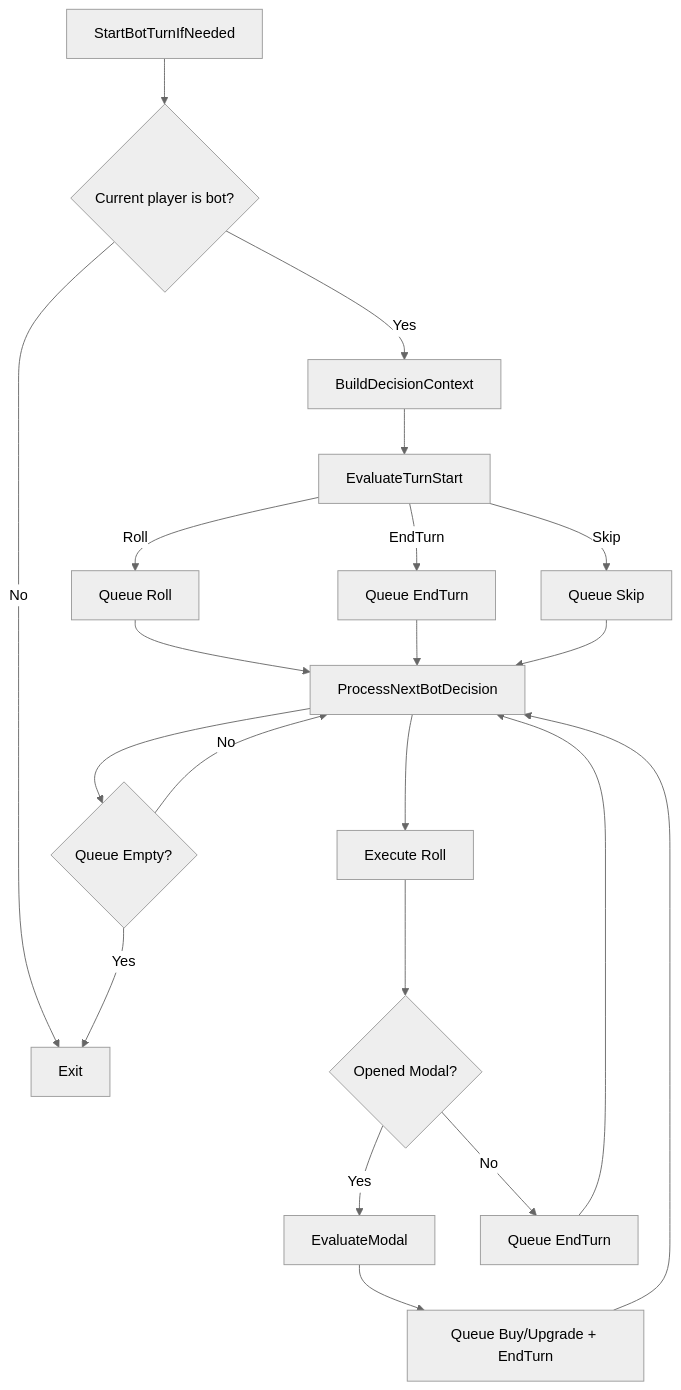
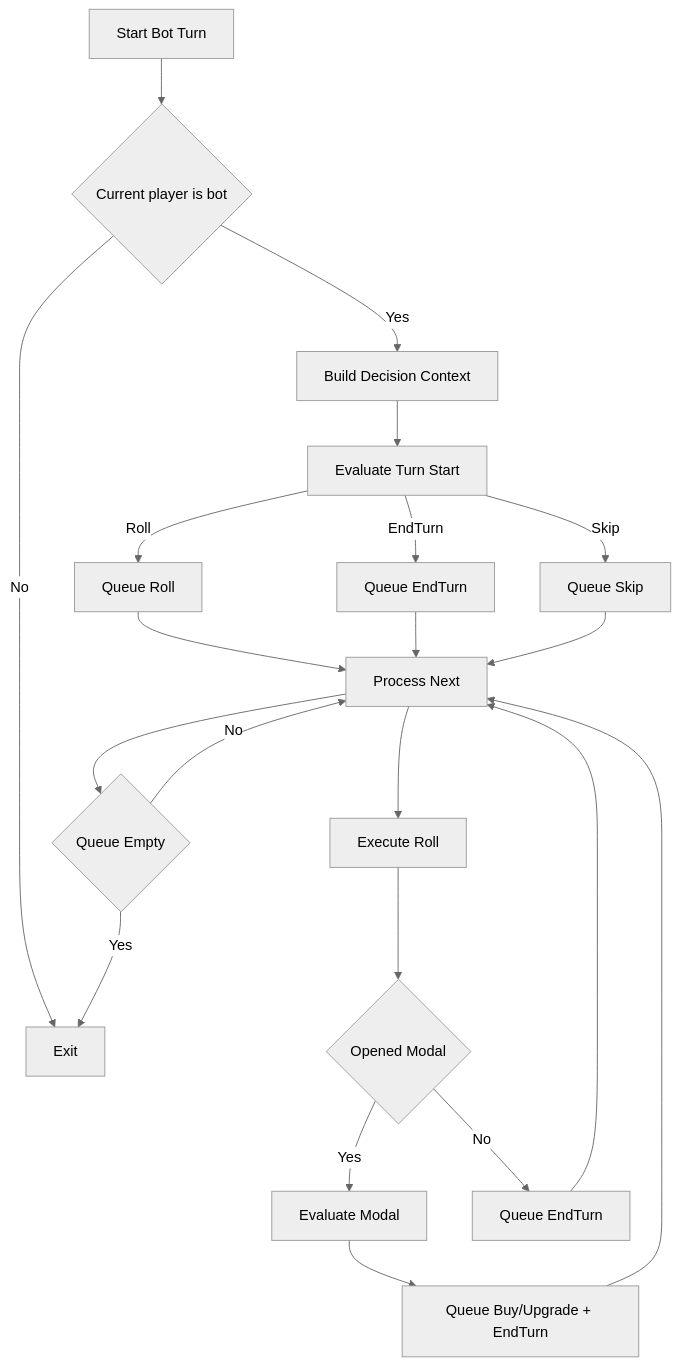
Before and after one commit to felipepassion/UFF.Monopoly: the first of 4 diagrams in BOT_LOGICA_BOT_MODE_ASK.md, drawn with Mermaid (neutral theme). The commit also changed other lines of this file, not shown here.

````diff
--- a/BOT_LOGICA_BOT_MODE_ASK.md
+++ b/BOT_LOGICA_BOT_MODE_ASK.md
@@ -151,23 +152,23 @@
 ```mermaid
 flowchart TD
-    A[StartBotTurnIfNeeded] --> B{Current player is bot?}
+    A[Start Bot Turn] --> B{Current player is bot}
     B -- No --> Z[Exit]
-    B -- Yes --> C[BuildDecisionContext]
-    C --> D[EvaluateTurnStart]
+    B -- Yes --> C[Build Decision Context]
+    C --> D[Evaluate Turn Start]
     D -->|Roll| E[Queue Roll]
     D -->|Skip| F[Queue Skip]
     D -->|EndTurn| G[Queue EndTurn]
-    E --> H[ProcessNextBotDecision]
+    E --> H[Process Next]
     H --> I[Execute Roll]
-    I --> J{Opened Modal?}
-    J -- Yes --> K[EvaluateModal]
+    I --> J{Opened Modal}
+    J -- Yes --> K[Evaluate Modal]
     K --> L[Queue Buy/Upgrade + EndTurn]
     L --> H
     J -- No --> M[Queue EndTurn]
     M --> H
     G --> H
     F --> H
-    H --> N{Queue Empty?}
+    H --> N{Queue Empty}
     N -- Yes --> Z
     N -- No --> H
 ```
````
